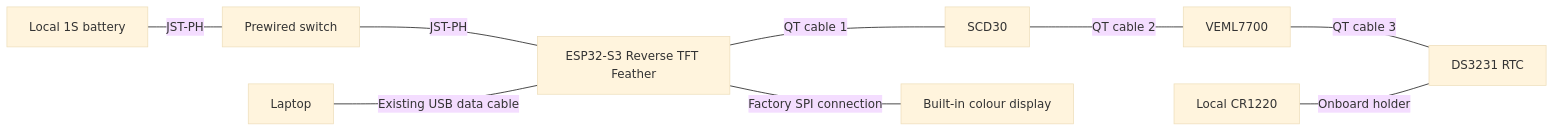
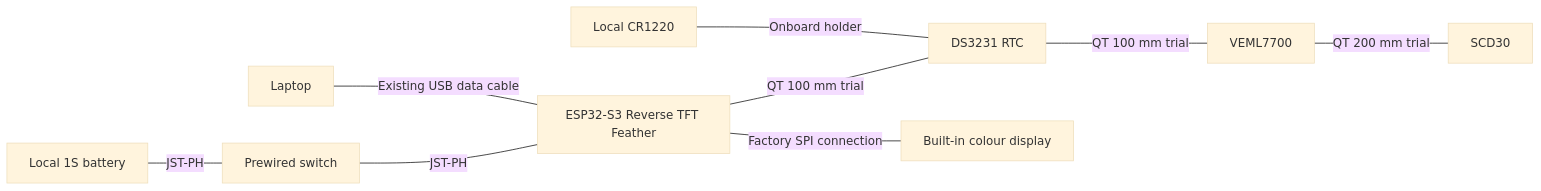
Before and after one commit to erezfeuer/sensor-workshop: the diagram in hardware/BOM.md, drawn with Mermaid (base theme). The commit also changed other lines of this file and 57 other files, not shown here.

````diff
--- a/hardware/BOM.md
+++ b/hardware/BOM.md
@@ -57,11 +57,11 @@
 ```mermaid
 flowchart LR
-    F[ESP32-S3 Reverse TFT Feather] ---|QT cable 1| C[SCD30]
-    C ---|QT cable 2| L[VEML7700]
-    L ---|QT cable 3| R[DS3231 RTC]
+    F[ESP32-S3 Reverse TFT Feather] ---|QT 100 mm trial| R[DS3231 RTC]
+    R ---|QT 100 mm trial| L[VEML7700]
+    L ---|QT 200 mm trial| C[SCD30]
     F ---|Factory SPI connection| D[Built-in colour display]
     B[Local 1S battery] ---|JST-PH| S[Prewired switch]
     S ---|JST-PH| F
     U[Laptop] ---|Existing USB data cable| F
     K[Local CR1220] ---|Onboard holder| R
 ```
````
